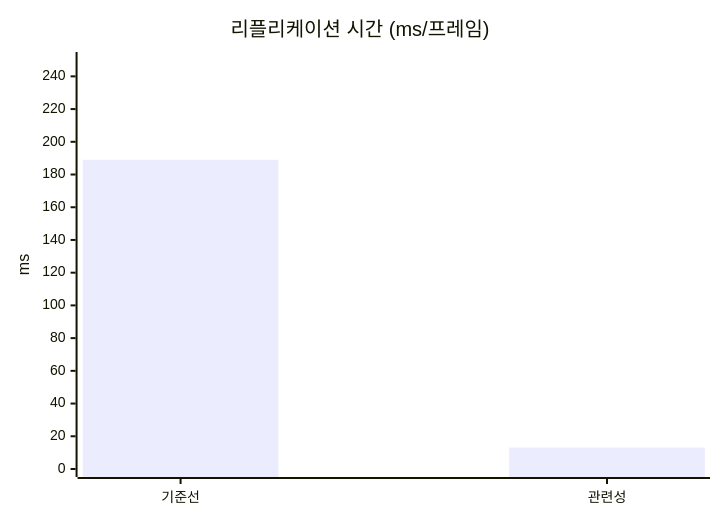
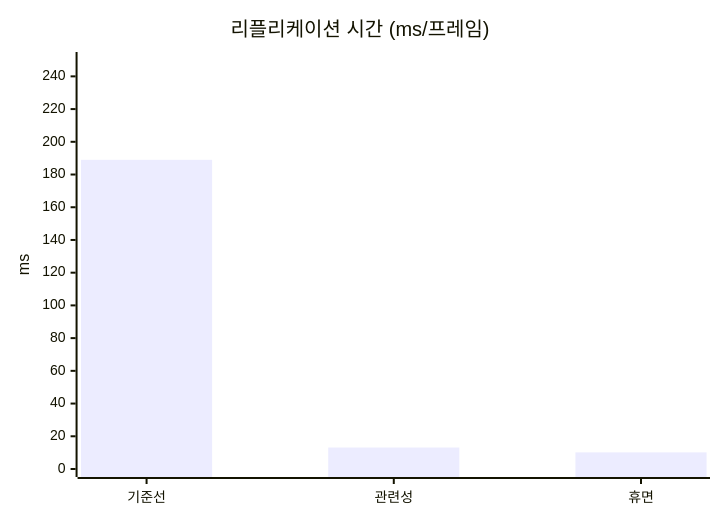
The fourth of 5 diagrams in README.md (hon454/ue-dedicated-server-optimization-lab), drawn with Mermaid before and after one commit. The commit also changed other lines of this file and 10 other files, not shown here.

````diff
--- a/README.md
+++ b/README.md
@@ -111,7 +113,7 @@
 ```mermaid
 xychart-beta
     title "리플리케이션 시간 (ms/프레임)"
-    x-axis ["기준선", "관련성"]
+    x-axis ["기준선", "관련성", "휴면"]
     y-axis "ms" 0 --> 250
-    bar [188.97, 13.14]
+    bar [188.97, 13.14, 10.17]
 ```
````
